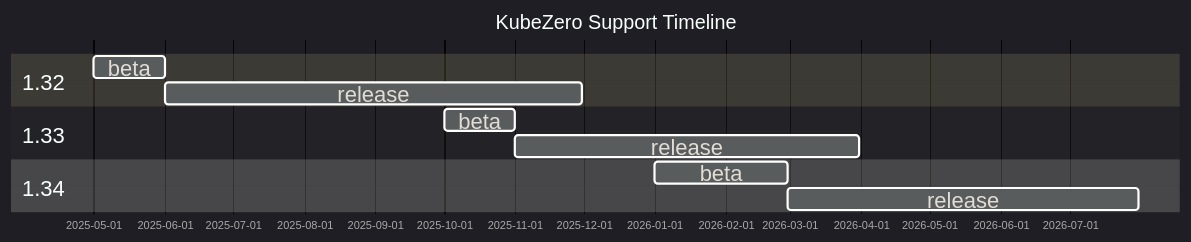
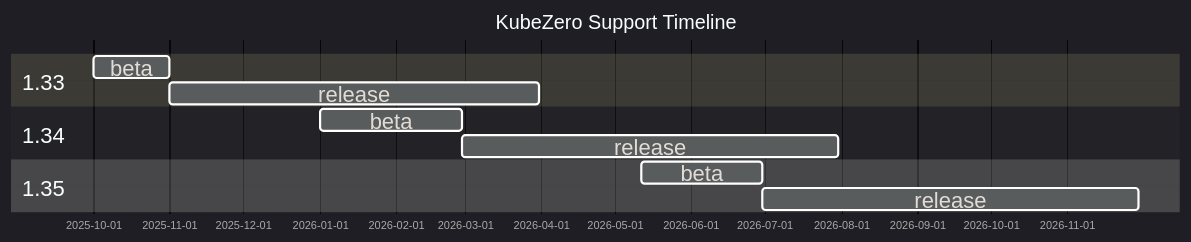
The diagram in README.md (Zero-Down-Time/KubeZero), drawn with Mermaid before and after one commit. The commit also changed other lines of this file, not shown here.

Commit message:
doc: update release times

````diff
--- a/README.md
+++ b/README.md
@@ -26,15 +26,15 @@
 ```mermaid
 %%{init: {'theme': 'dark', 'gantt': {'fontSize': '20','sectionFontSize':'20'}}}%%
 gantt
     title KubeZero Support Timeline
     dateFormat  YYYY-MM-DD
-    section 1.32
-    beta     :132b, 2025-05-01, 2025-06-01
-    release  :after 132b, 2025-11-30
     section 1.33
     beta     :133b, 2025-10-01, 2025-11-01
     release  :after 133b, 2026-03-31
     section 1.34
     beta     :134b, 2026-01-01, 2026-02-28
     release  :after 134b, 2026-07-31
+    section 1.35
+    beta     :135b, 2026-05-12, 2026-06-30
+    release  :after 135b, 2026-11-30
 ```
````
